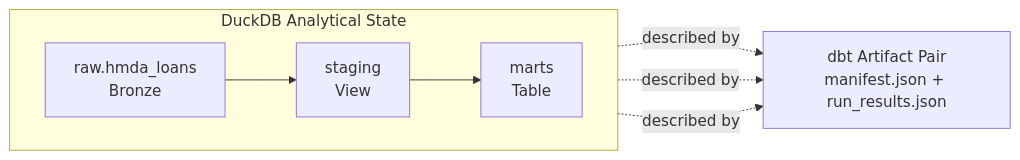
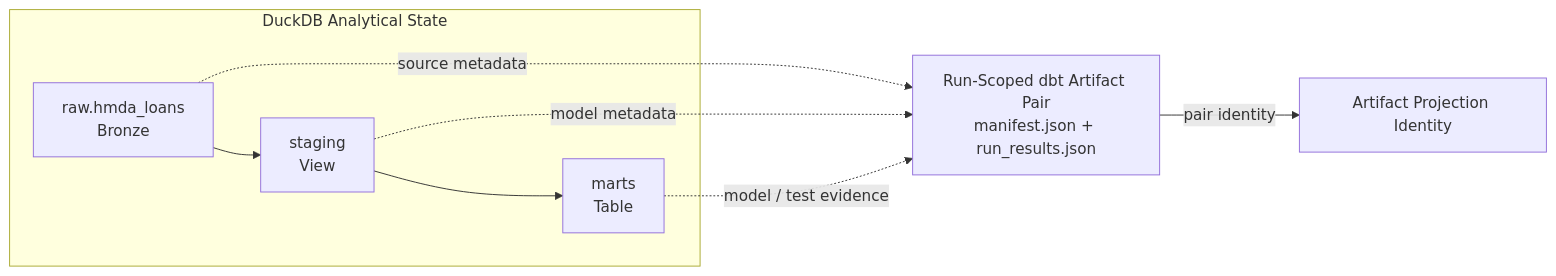
One commit to mols3131d/hmda-data-reliability changed the diagram in docs/domains/data-platform.md. Above: the diagram before and after it, drawn with Mermaid.

Commit message:
docs: refine data platform Mermaid contracts

````diff
--- a/docs/domains/data-platform.md
+++ b/docs/domains/data-platform.md
@@ -19,13 +19,14 @@
 ```mermaid
 flowchart LR
-    subgraph analytical_state["DuckDB Analytical State"]
-        direction LR
+    subgraph analytical_state ["DuckDB Analytical State"]
         bronze["raw.hmda_loans<br/>Bronze"] --> staging["staging<br/>View"] --> mart["marts<br/>Table"]
     end
 
-    artifacts["dbt Artifact Pair<br/>manifest.json + run_results.json"]
+    artifacts["Run-Scoped dbt Artifact Pair<br/>manifest.json + run_results.json"]
+    identity["Artifact Projection Identity"]
 
-    bronze -.->|described by| artifacts
-    staging -.->|described by| artifacts
-    mart -.->|described by| artifacts
+    bronze -.->|source metadata| artifacts
+    staging -.->|model metadata| artifacts
+    mart -.->|model / test evidence| artifacts
+    artifacts -->|pair identity| identity
 ```
````
